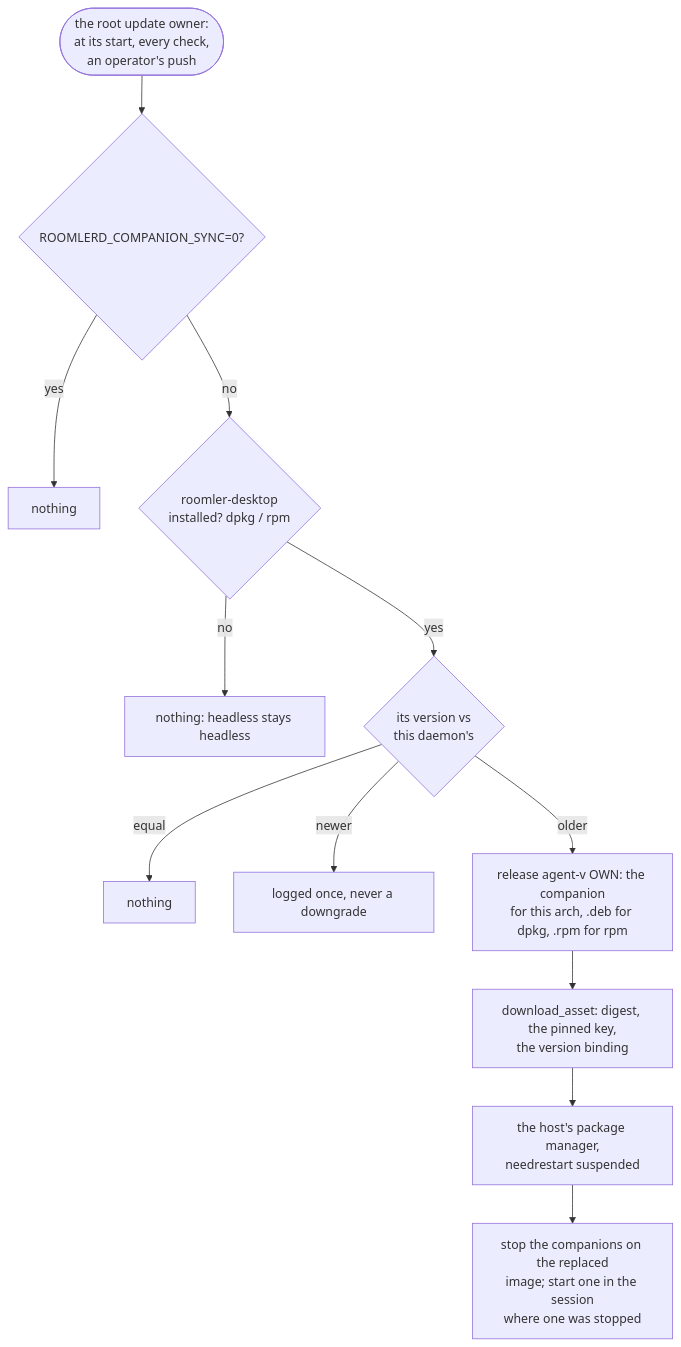
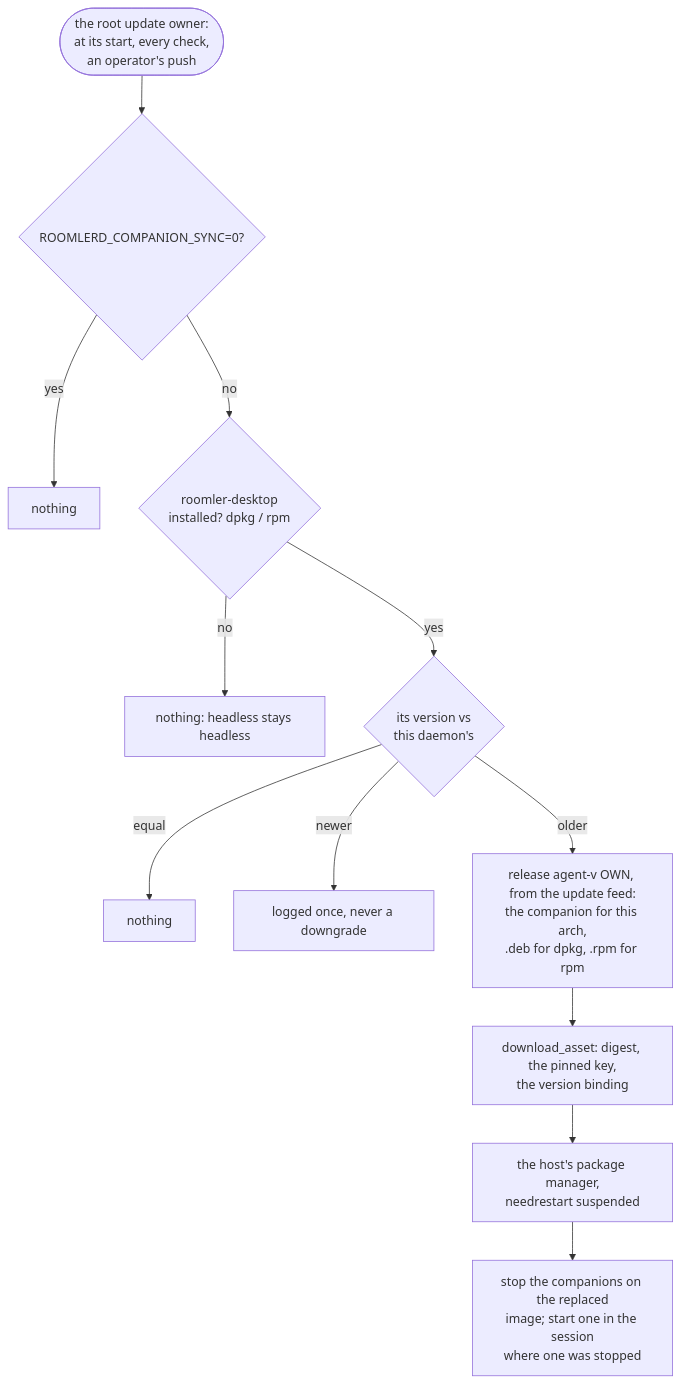
One commit to gjovanov/roomler-ai changed diagram 17 of 21 in docs/desktop-companion.md. Above: the diagram before and after it, drawn with Mermaid. The commit also changed other lines of this file and 15 other files, not shown here.

First line of the commit message:
docs: where an agent's release is looked up, and the anchors updater.rs moved

````diff
--- a/docs/desktop-companion.md
+++ b/docs/desktop-companion.md
@@ -1407,14 +1423,14 @@
 ```mermaid
 flowchart TD
     S([the root update owner:<br/>at its start, every check,<br/>an operator's push]) --> K{ROOMLERD_COMPANION_SYNC=0?}
     K -->|yes| N0[nothing]
     K -->|no| Q{roomler-desktop<br/>installed? dpkg / rpm}
     Q -->|no| N1[nothing: headless stays headless]
     Q -->|yes| V{its version vs<br/>this daemon's}
     V -->|equal| N2[nothing]
     V -->|newer| N3[logged once, never a downgrade]
-    V -->|older| F[release agent-v OWN: the companion<br/>for this arch, .deb for dpkg, .rpm for rpm]
+    V -->|older| F[release agent-v OWN, from the update feed:<br/>the companion for this arch,<br/>.deb for dpkg, .rpm for rpm]
     F --> D[download_asset: digest, the pinned key,<br/>the version binding]
     D --> I[the host's package manager,<br/>needrestart suspended]
     I --> P[stop the companions on the replaced<br/>image; start one in the session<br/>where one was stopped]
 ```
````
